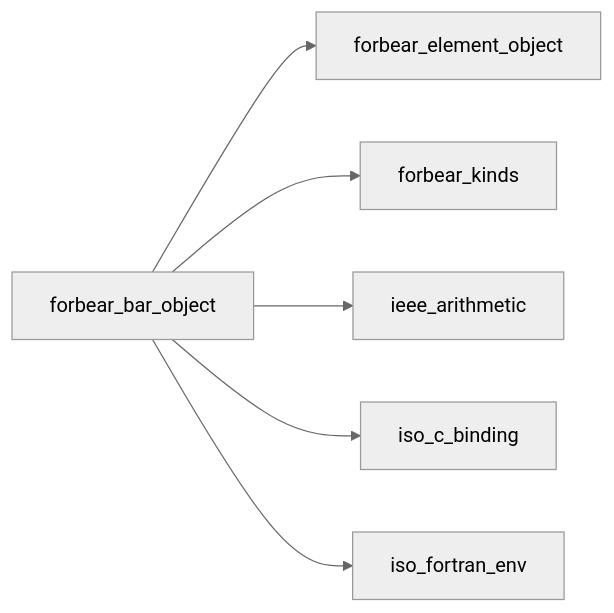
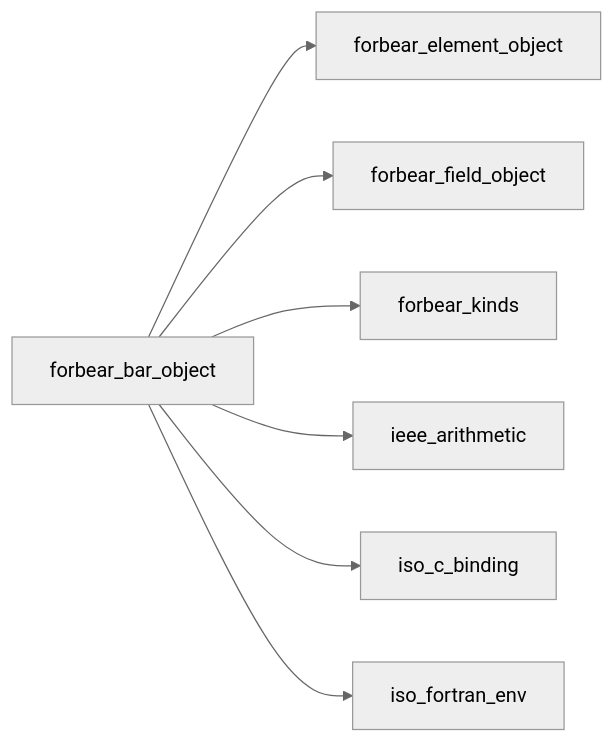
The first of 30 diagrams in docs/api/src/lib/forbear_bar_object.md (szaghi/forbear), drawn with Mermaid (neutral theme) before and after one commit. The commit also changed other lines of this file and 51 other files, not shown here.

````diff
--- a/docs/api/src/lib/forbear_bar_object.md
+++ b/docs/api/src/lib/forbear_bar_object.md
@@ -11,8 +11,9 @@
 ```mermaid
 graph LR
   forbear_bar_object["forbear_bar_object"] --> forbear_element_object["forbear_element_object"]
+  forbear_bar_object["forbear_bar_object"] --> forbear_field_object["forbear_field_object"]
   forbear_bar_object["forbear_bar_object"] --> forbear_kinds["forbear_kinds"]
   forbear_bar_object["forbear_bar_object"] --> ieee_arithmetic["ieee_arithmetic"]
   forbear_bar_object["forbear_bar_object"] --> iso_c_binding["iso_c_binding"]
   forbear_bar_object["forbear_bar_object"] --> iso_fortran_env["iso_fortran_env"]
 ```
````
